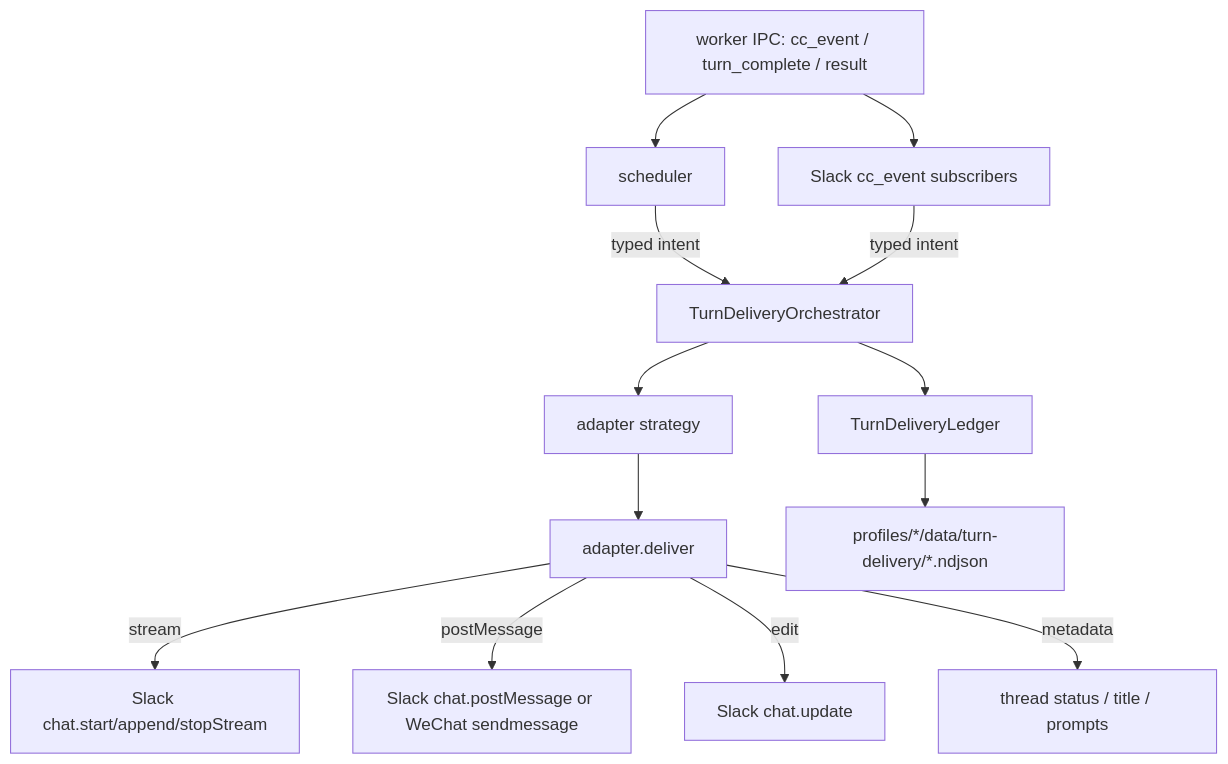
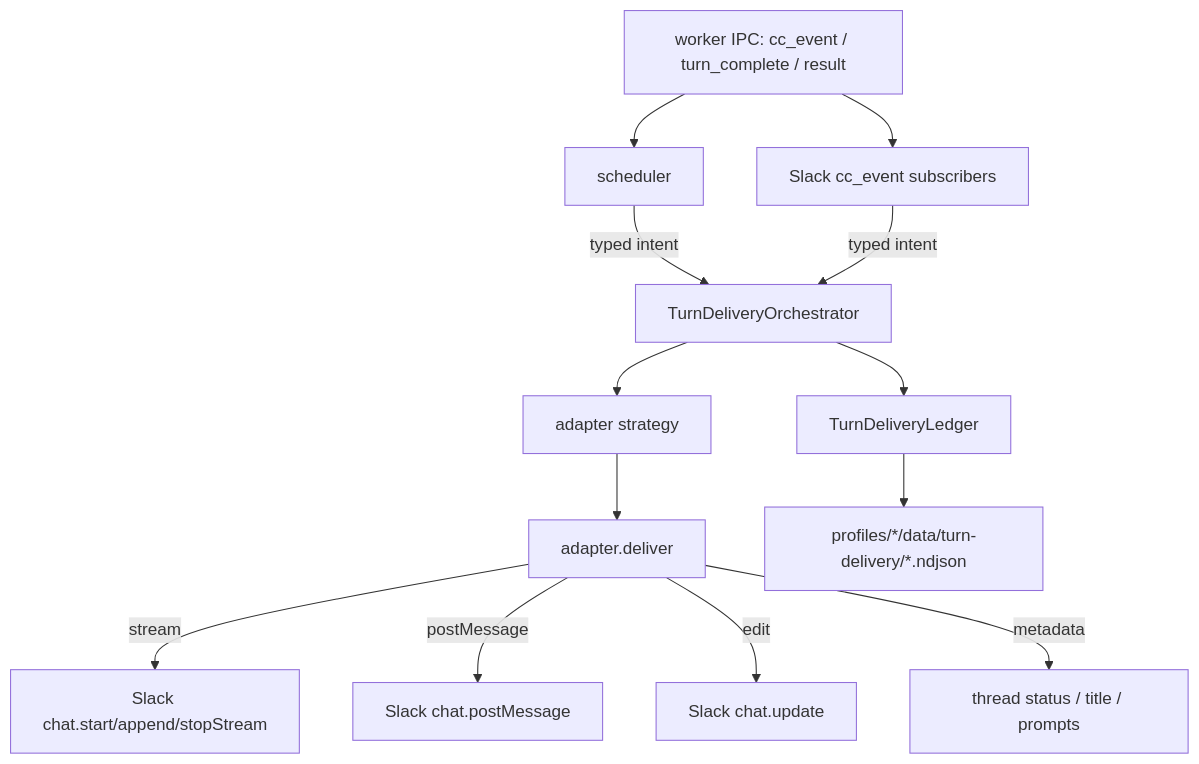
The diagram in docs/turn-delivery-architecture.md (KarryViber/Orb), drawn with Mermaid before and after one commit. The commit also changed other lines of this file and 190 other files, not shown here.

````diff
--- a/docs/turn-delivery-architecture.md
+++ b/docs/turn-delivery-architecture.md
@@ -5,15 +5,15 @@
 ```mermaid
 flowchart TD
   W[worker IPC: cc_event / turn_complete / result] --> S[scheduler]
   W --> SUB[Slack cc_event subscribers]
   S -->|typed intent| O[TurnDeliveryOrchestrator]
   SUB -->|typed intent| O
   O --> STR[adapter strategy]
   STR --> A[adapter.deliver]
   A -->|stream| SL1[Slack chat.start/append/stopStream]
-  A -->|postMessage| SL2[Slack chat.postMessage or WeChat sendmessage]
+  A -->|postMessage| SL2[Slack chat.postMessage]
   A -->|edit| SL3[Slack chat.update]
   A -->|metadata| SL4[thread status / title / prompts]
   O --> L[TurnDeliveryLedger]
   L --> ND[profiles/*/data/turn-delivery/*.ndjson]
 ```
````
